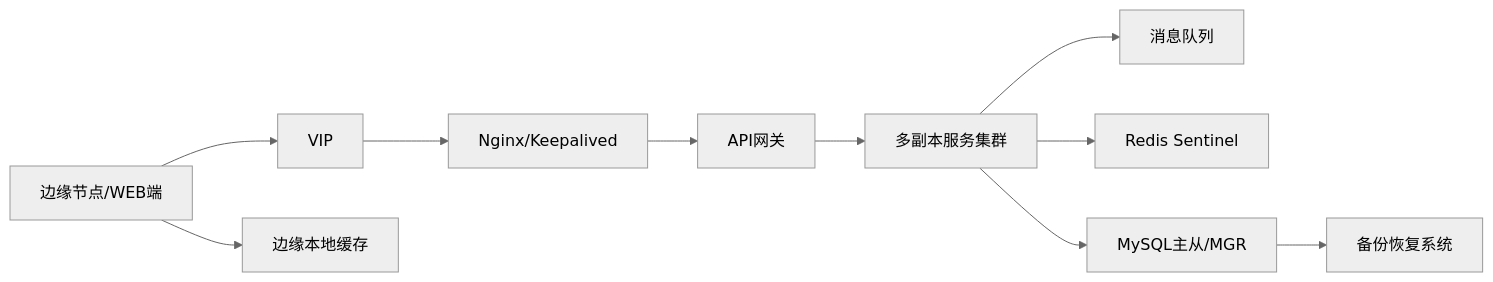
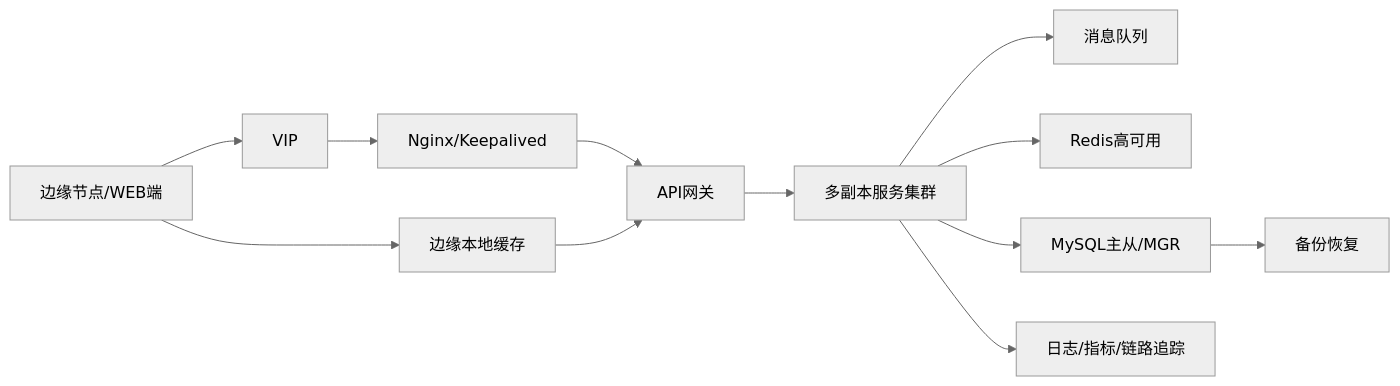
One commit to dptdptdpt1/26_jgs_lw changed the diagram in 场景到技术/06_高可用与容灾设计.md. Above: the diagram before and after it, drawn with Mermaid (neutral theme). The commit also changed other lines of this file and 17 other files, not shown here.

````diff
--- a/场景到技术/06_高可用与容灾设计.md
+++ b/场景到技术/06_高可用与容灾设计.md
@@ -99,12 +171,14 @@
 ```mermaid
 flowchart LR
     A["边缘节点/WEB端"] --> B["VIP"]
     B --> C["Nginx/Keepalived"]
     C --> D["API网关"]
     D --> E["多副本服务集群"]
     E --> F["消息队列"]
-    E --> G["Redis Sentinel"]
+    E --> G["Redis高可用"]
     E --> H["MySQL主从/MGR"]
     A --> I["边缘本地缓存"]
-    H --> J["备份恢复系统"]
+    I --> D
+    H --> J["备份恢复"]
+    E --> K["日志/指标/链路追踪"]
 ```
````
